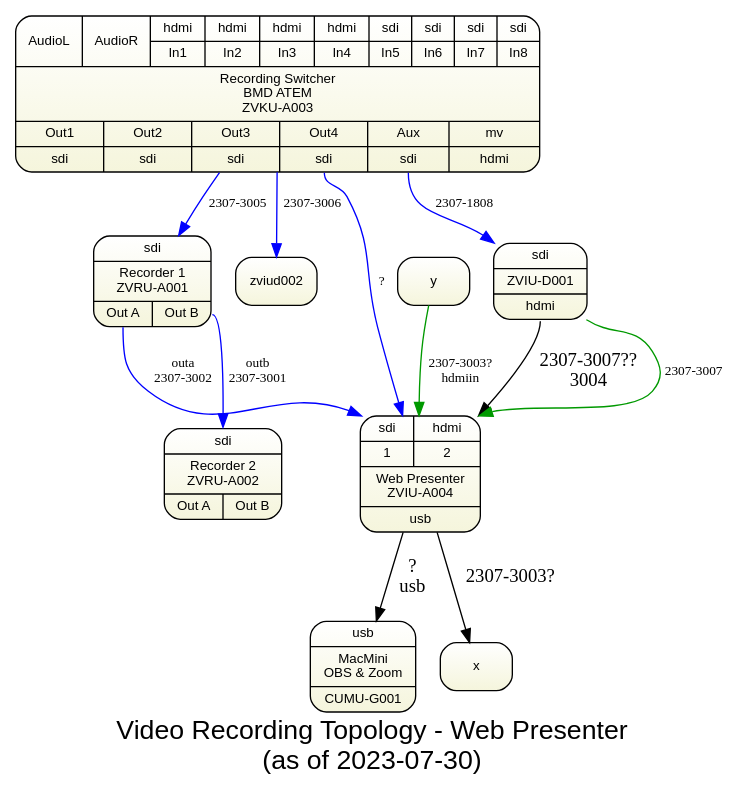
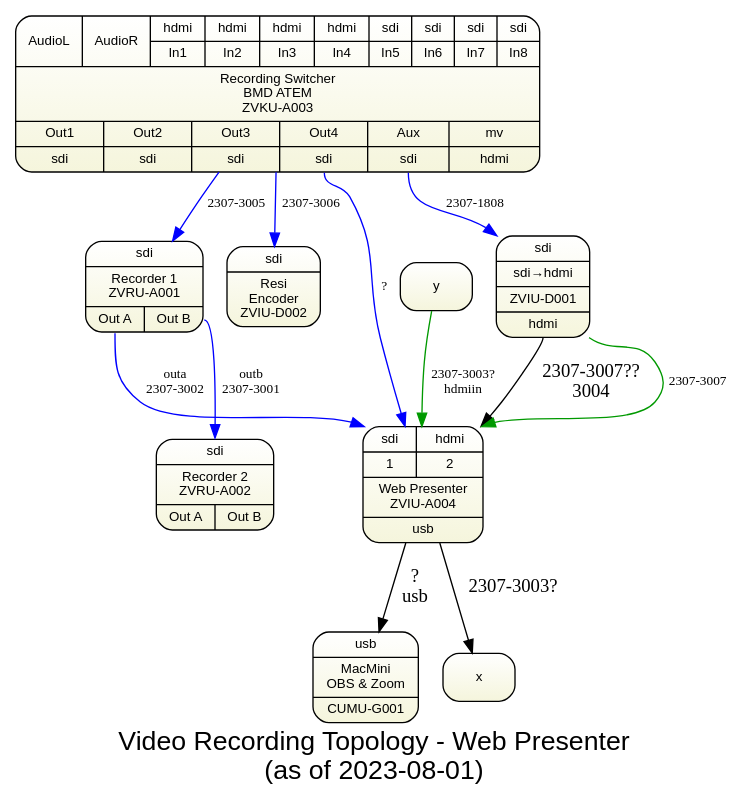
Before and after one commit to avmaint/uactechdoc: the diagram in sdv-topology6-rec-wp.gv, drawn with Graphviz. The commit also changed 3 other files, not shown here.

```diff
--- a/sdv-topology6-rec-wp.gv
+++ b/sdv-topology6-rec-wp.gv
@@ -1,56 +1,59 @@
-digraph webpresenter { 
+digraph VideoRecording { 
   
 graph [overlap = true, fontsize = 20, 
-      label="Video Recording Topology - Web Presenter\n(as of 2023-07-30)",
+      label="Video Recording Topology - Web Presenter\n(as of 2023-08-01)",
       fontname = Helvetica, bgcolor=white
       ]
  
 node [shape = Mrecord style=filled , fillcolor="white:beige"  , fontsize = 10,
       gradientangle=270 fontname = Helvetica ]
       
 zvkua003 [
   tooltip="BMD ATEM Television Studio Pro HD"
 
   label="{
     {{<al>AudioL}|{<ar>AudioR}|
       {<i1>hdmi|In1}|{<i2>hdmi|In2}|{<i3>hdmi|In3}|{<i4>hdmi|In4}
       |{<i5>sdi|In5}|{<i6>sdi|In6}|{<i7>sdi|In7}|{<i8>sdi|In8}}
       |Recording Switcher\nBMD ATEM\nZVKU-A003|
       {{Out1|<o1>sdi}|{Out2|<o2>sdi}|{Out3|<o3>sdi}|{Out4|<o4>sdi}|{Aux|<aux>sdi}|{mv|<mv>hdmi}}
     }"
 ]
 
 zviua004 [label="{{{<i1>sdi|1 }|{<i2>hdmi|2} }|{Web Presenter \n ZVIU-A004}|{<usb>usb}}"]
 
 zvrua001 [label="{{ {<in>sdi }}|{Recorder 1\nZVRU-A001}|{{<outa>Out A}|{<outb>Out B}}}"]
 
 zvrua002 [label="{{ {<in>sdi }}|{Recorder 2\nZVRU-A002}|{{<outa>Out A}|{<outb>Out B}}}"]
 
 cumug001 [label="{<usb>usb|MacMini\nOBS & Zoom|CUMU-G001}"]
  
-zviud001 [label="{<i>sdi|ZVIU-D001|<o>hdmi}"]
+zviud001 [label="{<i>sdi|sdi→hdmi|ZVIU-D001|<o>hdmi}"]
+
+zviud002 [label="{<i>sdi|Resi\nEncoder\nZVIU-D002}"]
+
 
 zviud001:o   -> zviua004:hdmi [label="2307-3007??\n3004"]
  
 zviua004 -> cumug001 [label="?\nusb"]
 
 subgraph sdi_cables { 
 	edge [style="solid", color="blue" fontsize="10pt"]
 zvrua001:outb -> zvrua002:in [label="outb\n2307-3001"]
 zvrua001:outa -> zviua004:sdi [label="outa\n2307-3002"]
 zvkua003:o4   -> zviua004:sdi [label="?"]
 
 zvkua003:aux  -> zviud001:sdi [label="2307-1808" ]
 zvkua003:out5 -> zvrua001:sdi [label="2307-3005"]
 zvkua003:out6 -> zviud002:sdi [label="2307-3006"]
 }
 
 subgraph hdmi_edges {
 	edge [style=solid, color="#009900", fontsize="10pt" ]
 zviud001:hdmi -> zviua004:hdmi [label="2307-3007"]
 y ->  zviua004 [label="2307-3003?\nhdmiin"]
 }
 
 zviua004 -> x [label="2307-3003?"] 
-	
+
 } 
```
